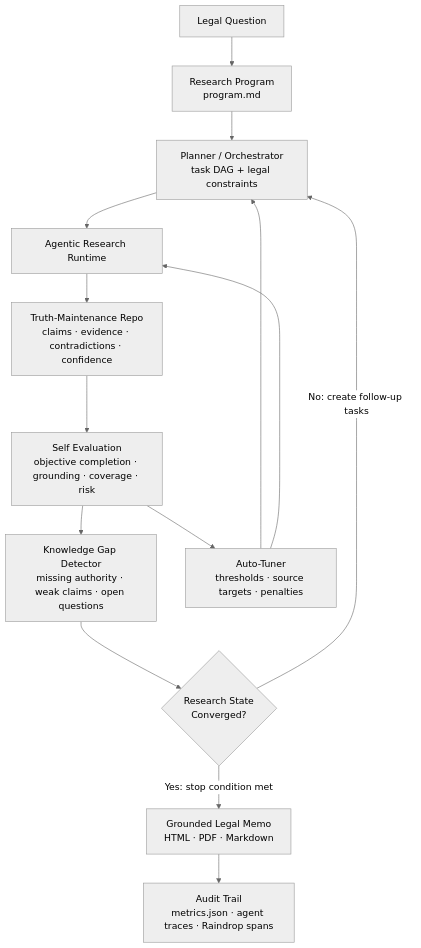
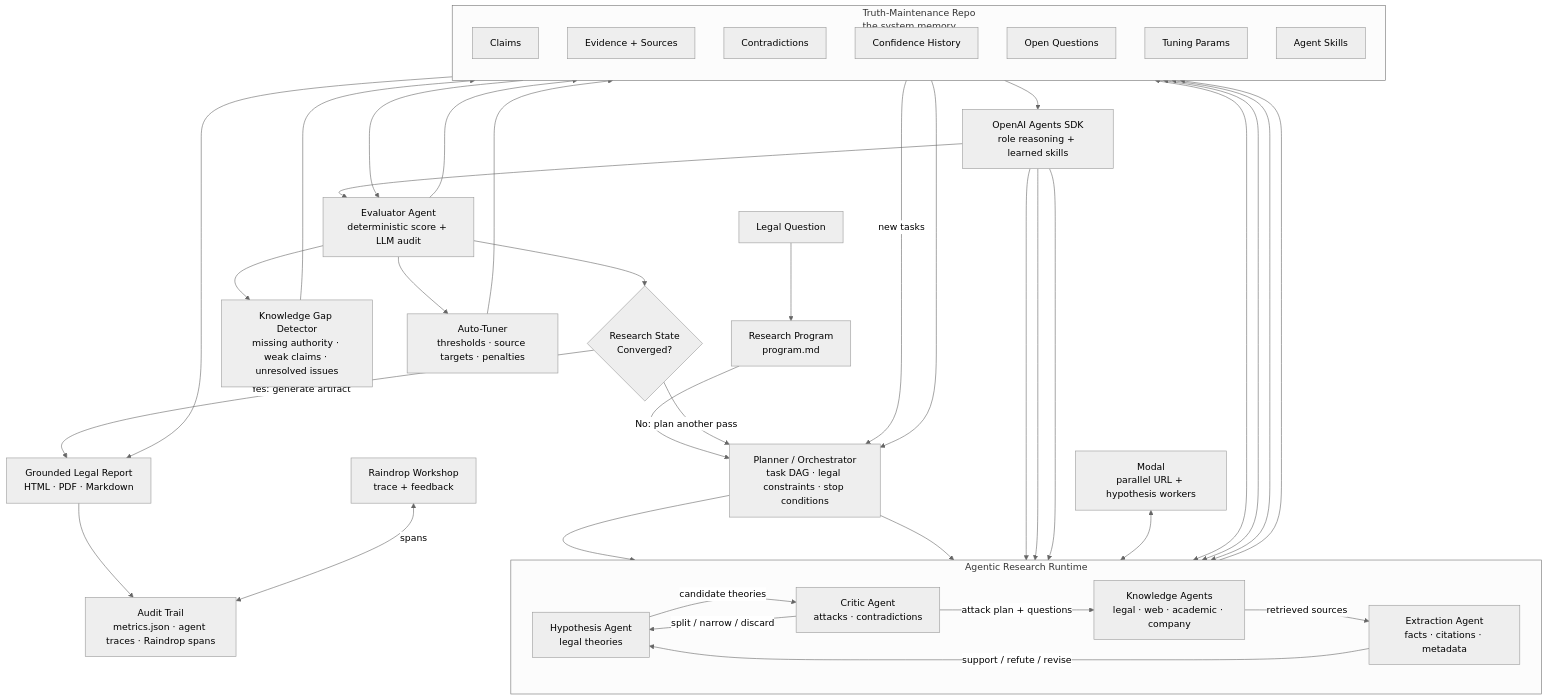
The first of 3 diagrams in README.md (karthikeyaparunandi/legal-autoresearch-os), drawn with Mermaid (neutral theme) before and after one commit. The commit also changed other lines of this file, not shown here.

Commit message:
Clarify high-level feedback architecture

````diff
--- a/README.md
+++ b/README.md
@@ -121,16 +121,63 @@
 ```mermaid
 flowchart TD
-    goal["Legal Question"] --> program["Research Program<br/>program.md"]
-    program --> planner["Planner / Orchestrator<br/>task DAG + legal constraints"]
-    planner --> runtime["Agentic Research Runtime"]
-    runtime --> truth["Truth-Maintenance Repo<br/>claims · evidence · contradictions · confidence"]
-    truth --> evaluator["Self Evaluation<br/>objective completion · grounding · coverage · risk"]
-    evaluator --> gaps["Knowledge Gap Detector<br/>missing authority · weak claims · open questions"]
-    gaps --> decision{"Research State<br/>Converged?"}
-    decision -- "No: create follow-up tasks" --> planner
-    decision -- "Yes: stop condition met" --> report["Grounded Legal Memo<br/>HTML · PDF · Markdown"]
+    user["Legal Question"] --> program["Research Program<br/>program.md"]
+    program --> planner["Planner / Orchestrator<br/>task DAG · legal constraints · stop conditions"]
+
+    subgraph agents["Agentic Research Runtime"]
+        direction LR
+        hypothesis["Hypothesis Agent<br/>legal theories"]
+        critic["Critic Agent<br/>attacks · contradictions"]
+        knowledge["Knowledge Agents<br/>legal · web · academic · company"]
+        extraction["Extraction Agent<br/>facts · citations · metadata"]
+
+        hypothesis -- "candidate theories" --> critic
+        critic -- "attack plan + questions" --> knowledge
+        knowledge -- "retrieved sources" --> extraction
+        extraction -- "support / refute / revise" --> hypothesis
+        critic -- "split / narrow / discard" --> hypothesis
+    end
+
+    planner --> hypothesis
+    planner --> knowledge
+
+    sdk["OpenAI Agents SDK<br/>role reasoning + learned skills"] --> hypothesis
+    sdk --> critic
+    sdk --> knowledge
+    sdk --> evaluator["Evaluator Agent<br/>deterministic score + LLM audit"]
+
+    modal["Modal<br/>parallel URL + hypothesis workers"] <--> knowledge
+
+    subgraph truth["Truth-Maintenance Repo<br/>the system memory"]
+        direction TB
+        claims["Claims"]
+        evidence["Evidence + Sources"]
+        contradictions["Contradictions"]
+        confidence["Confidence History"]
+        questions["Open Questions"]
+        tuning["Tuning Params"]
+        skills["Agent Skills"]
+    end
+
+    hypothesis <--> truth
+    critic <--> truth
+    knowledge <--> truth
+    extraction --> truth
+
+    truth --> evaluator
+    evaluator --> confidence
+    evaluator --> gaps["Knowledge Gap Detector<br/>missing authority · weak claims · unresolved issues"]
+    gaps --> questions
+    questions -- "new tasks" --> planner
+
     evaluator --> tuner["Auto-Tuner<br/>thresholds · source targets · penalties"]
-    tuner --> planner
-    tuner --> runtime
-    report --> audit["Audit Trail<br/>metrics.json · agent traces · Raindrop spans"]
+    tuner --> tuning
+    tuning --> planner
+    skills --> sdk
+
+    evaluator --> decision{"Research State<br/>Converged?"}
+    decision -- "No: plan another pass" --> planner
+    decision -- "Yes: generate artifact" --> report["Grounded Legal Report<br/>HTML · PDF · Markdown"]
+    truth --> report
+    report --> observability["Audit Trail<br/>metrics.json · agent traces · Raindrop spans"]
+    raindrop["Raindrop Workshop<br/>trace + feedback"] <-- "spans" --> observability
 ```
````
